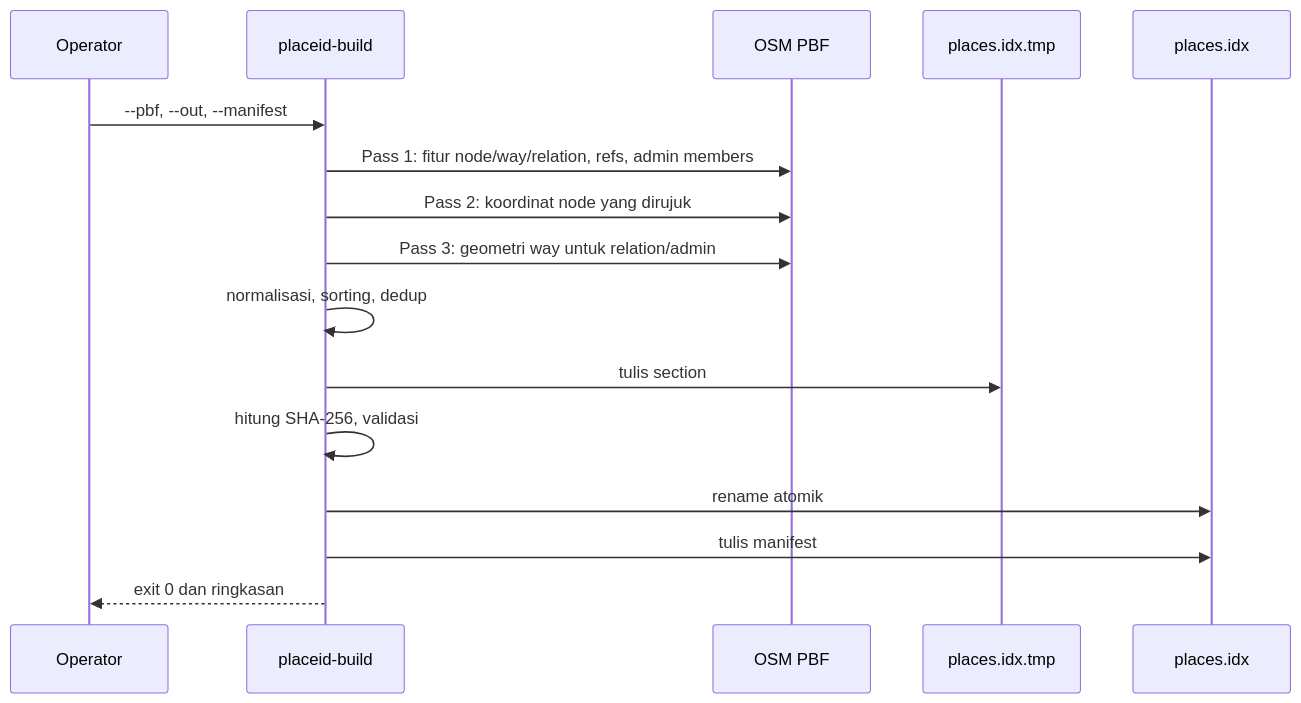
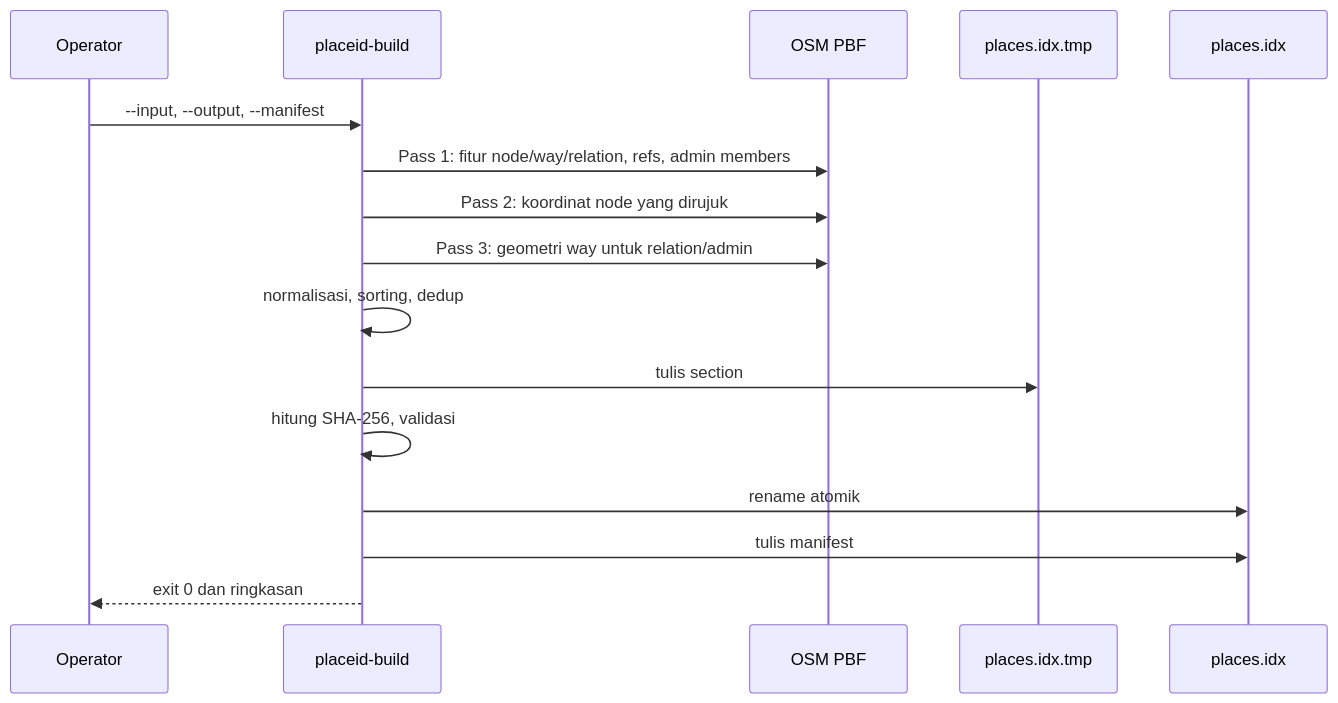
The third of 5 diagrams in docs/ARCHITECTURE.md (nusapeta/place), drawn with Mermaid before and after one commit. The commit also changed 45 other files, not shown here.

````diff
--- a/docs/ARCHITECTURE.md
+++ b/docs/ARCHITECTURE.md
@@ -66,18 +66,18 @@
 ```mermaid
 sequenceDiagram
     participant Op as Operator
     participant B as placeid-build
     participant PBF as OSM PBF
     participant Tmp as places.idx.tmp
     participant Out as places.idx
-    Op->>B: --pbf, --out, --manifest
+    Op->>B: --input, --output, --manifest
     B->>PBF: Pass 1: fitur node/way/relation, refs, admin members
     B->>PBF: Pass 2: koordinat node yang dirujuk
     B->>PBF: Pass 3: geometri way untuk relation/admin
     B->>B: normalisasi, sorting, dedup
     B->>Tmp: tulis section
     B->>B: hitung SHA-256, validasi
     B->>Out: rename atomik
     B->>Out: tulis manifest
     B-->>Op: exit 0 dan ringkasan
 ```
````
